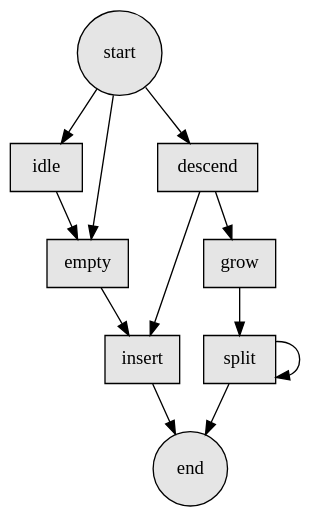
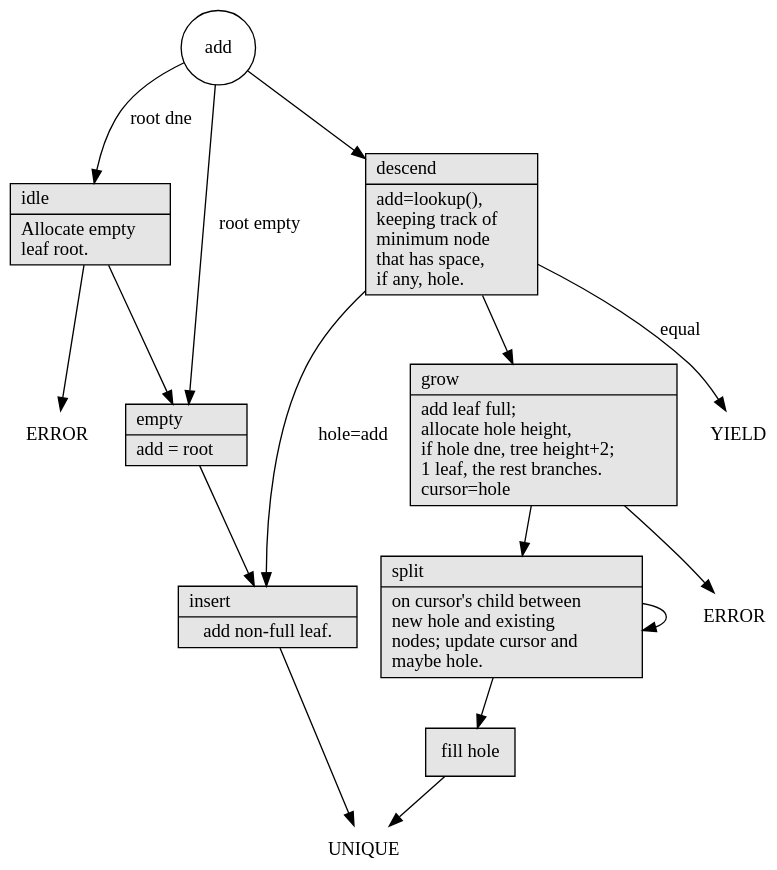
One commit to neil-edelman/boxes changed the diagram in doc/add.gv. Above: the diagram before and after it, drawn with Graphviz. The commit also changed 1 other file, not shown here.

```diff
--- a/doc/add.gv
+++ b/doc/add.gv
@@ -1,19 +1,35 @@
 digraph {
 	graph [truecolor=true, bgcolor=transparent, fontname="Bitstream Vera Sans"];
-	node [shape=box, style=filled, fontname="Bitstream Vera Sans", fillcolor="Grey90"];
+	node [shape=record, style=filled, fontname="Bitstream Vera Sans", fillcolor="Grey90"];
 	edge [fontname="Bitstream Vera Sans"];
 
-	start [shape=circle];
-	start -> idle;
-	start -> empty;
-	start -> descend;
+	add [shape=circle, style=none];
+
+	idle [label="{idle\l|Allocate empty\lleaf root.\l}"]
+	empty [label="{empty\l|add = root\l}"];
+	insert [label="{insert\l|add non-full leaf.}"];
+	descend [label="{descend\l|add=lookup(),\lkeeping track of\lminimum node\lthat has space,\lif any, hole.\l}"];
+	grow [label="{grow\l|add leaf full;\lallocate hole height,\lif hole dne, tree height+2;\l1 leaf, the rest branches.\lcursor=hole\l}"];
+	split [label="{split\l|on cursor's child between\lnew hole and existing\lnodes; update cursor and\lmaybe hole.\l}"];
+	hole [label="fill hole"];
+
+	error [label="ERROR", shape=none, style=none];
+	error2 [label="ERROR", shape=none, style=none];
+	unique [label="UNIQUE", shape=none, style=none];
+	yield [label="YIELD", shape=none, style=none];
+
+	idle -> error;
+	add -> idle [label="root dne"];
+	add -> empty [label="root empty"];
+	add -> descend;
 	idle -> empty;
 	empty -> insert;
-	descend -> insert;
+	descend -> yield [label="equal"];
+	descend -> insert [label="hole=add"];
 	descend -> grow;
 	grow -> split;
+	grow -> error2;
 	split -> split;
-	split -> end;
-	insert -> end;
-	end [shape=circle];
+	split -> hole -> unique;
+	insert -> unique;
 }
```
